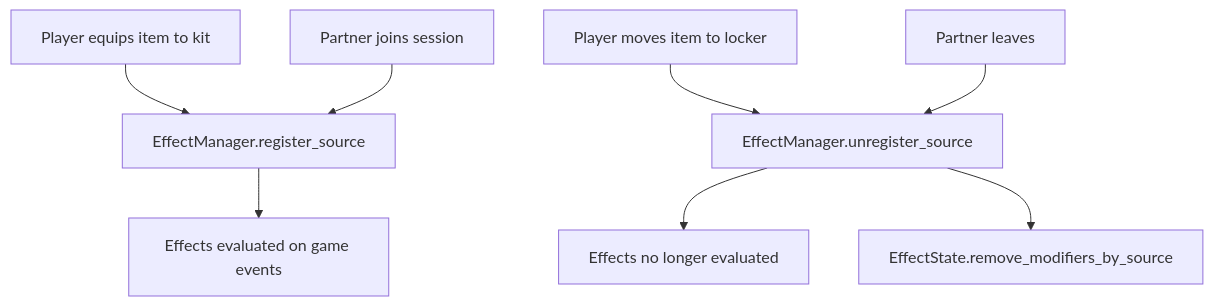
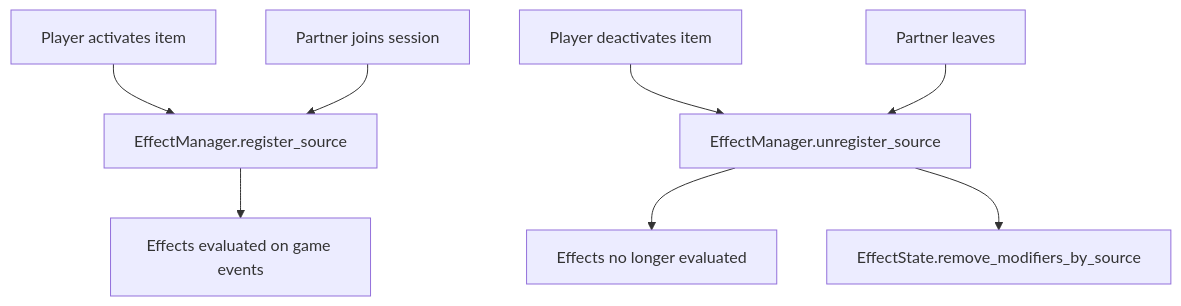
One commit to shuck-dev/volley changed the eighth of 10 diagrams in designs/01-prototype/07-effect-system.md. Above: the diagram before and after it, drawn with Mermaid. The commit also changed other lines of this file and 16 other files, not shown here.

First line of the commit message:
Feature/sh 95 spike kit and locker architecture (#150)

````diff
--- a/designs/01-prototype/07-effect-system.md
+++ b/designs/01-prototype/07-effect-system.md
@@ -385,11 +386,11 @@
 ```mermaid
 flowchart TD
-    Equip[Player equips item to kit] --> Register[EffectManager.register_source]
-    Unequip[Player moves item to locker] --> Unregister[EffectManager.unregister_source]
+    Activate[Player activates item] --> Register[EffectManager.register_source]
+    Deactivate[Player deactivates item] --> Unregister[EffectManager.unregister_source]
     Partner[Partner joins session] --> Register
     PartnerLeave[Partner leaves] --> Unregister
 
     Register --> Active[Effects evaluated on game events]
     Unregister --> Inactive[Effects no longer evaluated]
     Unregister --> Cleanup[EffectState.remove_modifiers_by_source]
 ```
````
